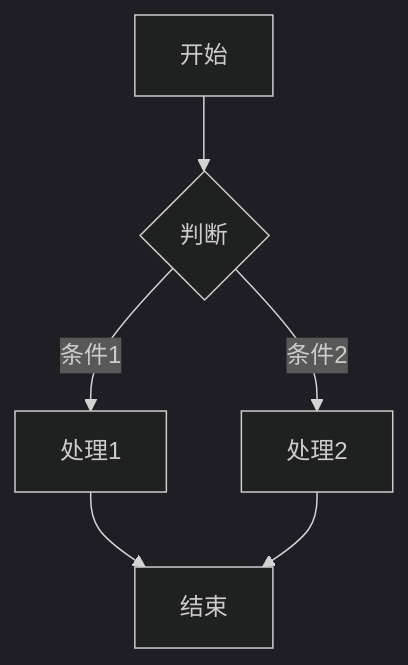
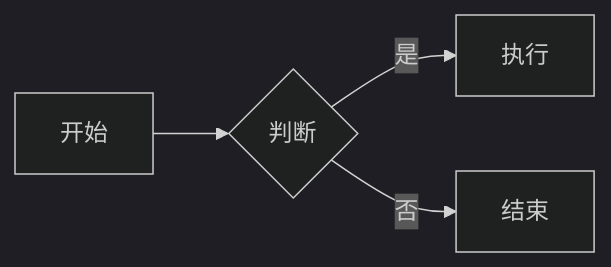
One commit to yibanyiban78/markdown-editor changed the first of 2 diagrams in 示例文档.md. Above: the diagram before and after it, drawn with Mermaid (dark theme). The commit also changed other lines of this file and 5 other files, not shown here.

````diff
--- a/示例文档.md
+++ b/示例文档.md
@@ -55,8 +61,6 @@
 ```mermaid
-graph TD
+flowchart LR
     A[开始] --> B{判断}
-    B -->|条件1| C[处理1]
-    B -->|条件2| D[处理2]
-    C --> E[结束]
-    D --> E
+    B -- 是 --> C[执行]
+    B -- 否 --> D[结束]
 ```
````
